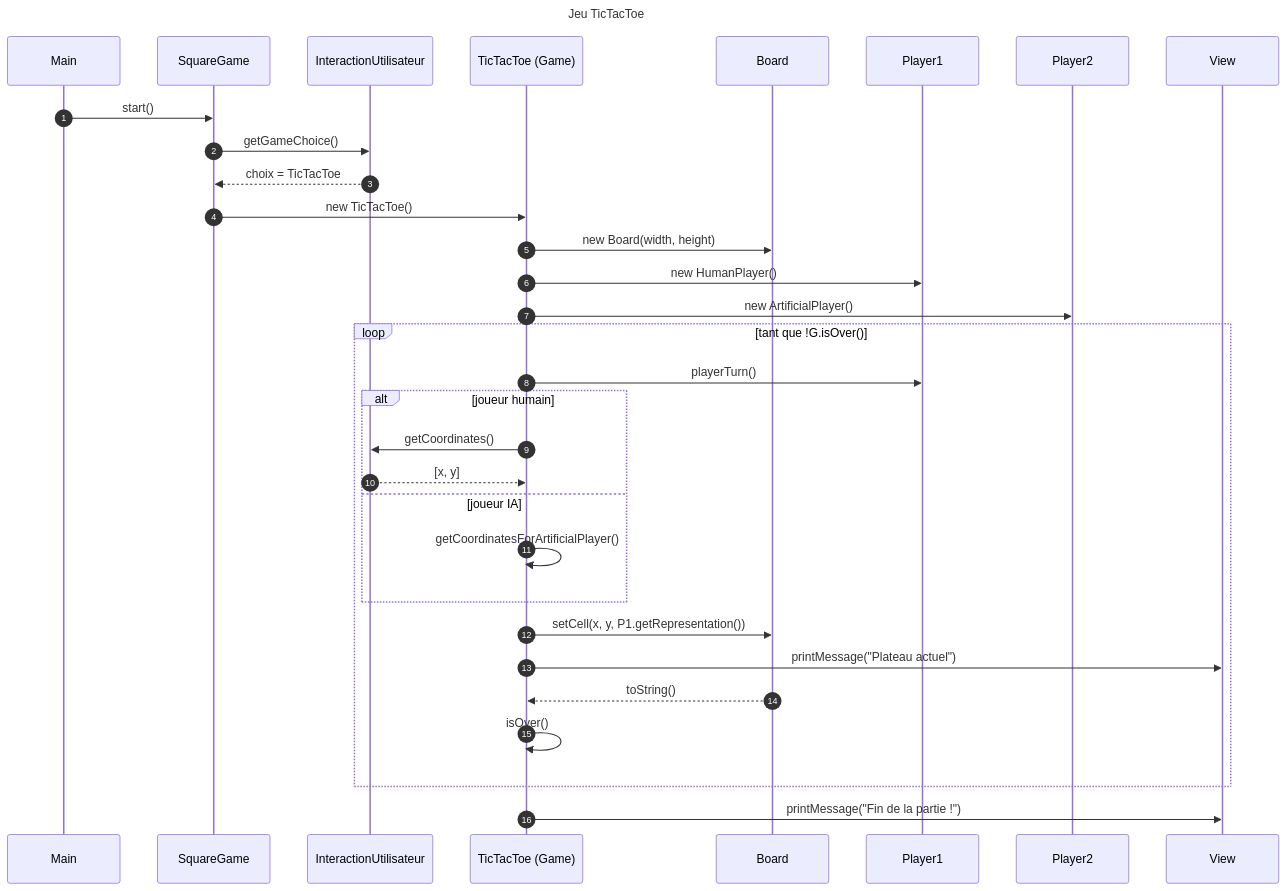
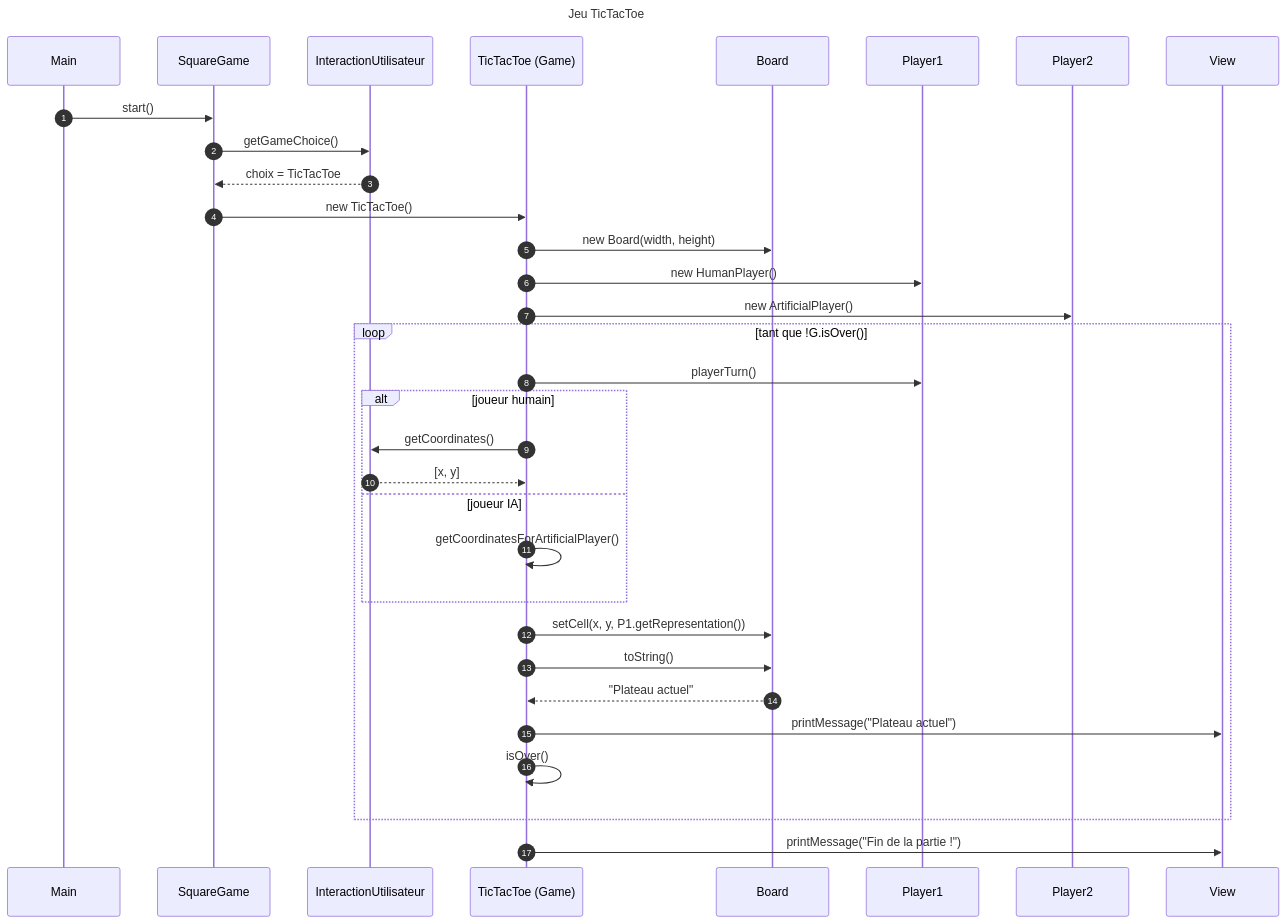
One commit to GeraudClmt/Square-Game changed the second of 2 diagrams in readme.md. Above: the diagram before and after it, drawn with Mermaid.

Commit message:
Mise à jour du diagramme de séquence

````diff
--- a/readme.md
+++ b/readme.md
@@ -118,40 +118,42 @@
 ```mermaid
 ---
 title: Jeu TicTacToe
 ---
 sequenceDiagram
     autonumber
     participant M as Main
     participant SG as SquareGame
     participant IU as InteractionUtilisateur
     participant G as TicTacToe (Game)
     participant B as Board
     participant P1 as Player1
     participant P2 as Player2
     participant V as View
 
     M->>SG: start()
     SG->>IU: getGameChoice()
     IU-->>SG: choix = TicTacToe
     SG->>G: new TicTacToe()
     G->>B: new Board(width, height)
     G->>P1: new HumanPlayer()
     G->>P2: new ArtificialPlayer()
 
     loop tant que !G.isOver()
         G->>P1: playerTurn()
         alt joueur humain
             G->>IU: getCoordinates()
             IU-->>G: [x, y]
         else joueur IA
             G->>G: getCoordinatesForArtificialPlayer()
         end
         G->>B: setCell(x, y, P1.getRepresentation())
+        G->>B: toString()
+        B-->>G: "Plateau actuel"
         G->>V: printMessage("Plateau actuel")
-        B-->>G: toString()
+
 
         G->>G: isOver()
     end
 
     G->>V: printMessage("Fin de la partie !")
 ```
````
